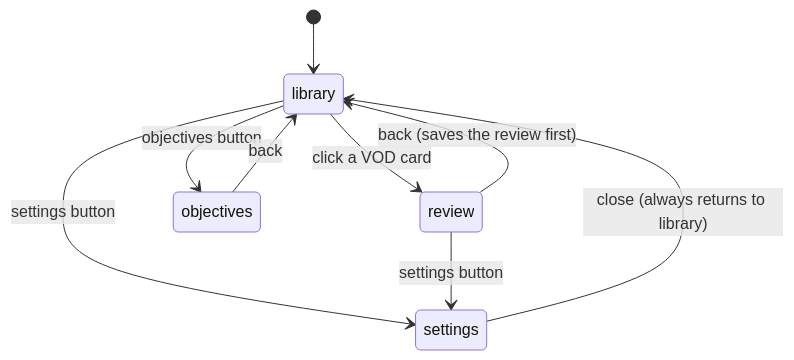
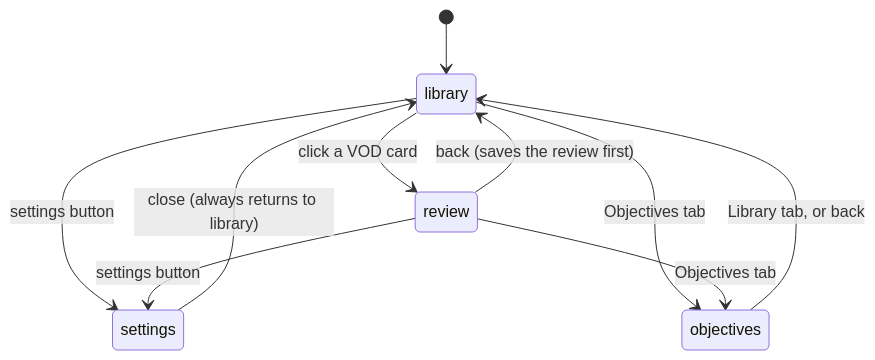
Before and after one commit to NinjaGoldfinch/ninja-recorder: the second of 7 diagrams in docs/frontend.md, drawn with Mermaid. The commit also changed other lines of this file and 28 other files, not shown here.

````diff
--- a/docs/frontend.md
+++ b/docs/frontend.md
@@ -534,11 +544,12 @@
 ```mermaid
 stateDiagram-v2
     [*] --> library
     library --> review: click a VOD card
     review --> library: back (saves the review first)
-    library --> objectives: objectives button
-    objectives --> library: back
+    library --> objectives: Objectives tab
+    objectives --> library: Library tab, or back
     library --> settings: settings button
     review --> settings: settings button
+    review --> objectives: Objectives tab
     settings --> library: close (always returns to library)
 ```
````
